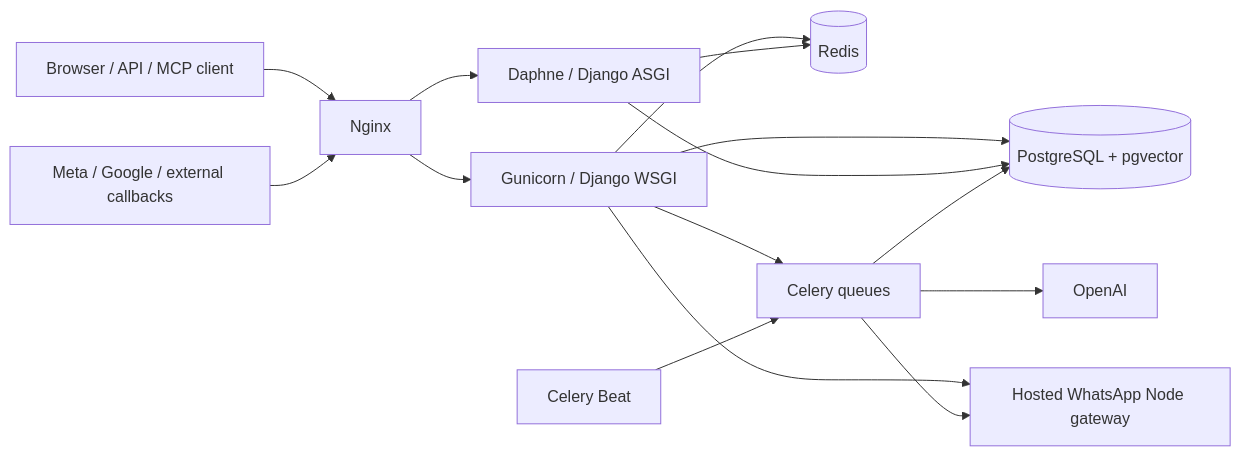
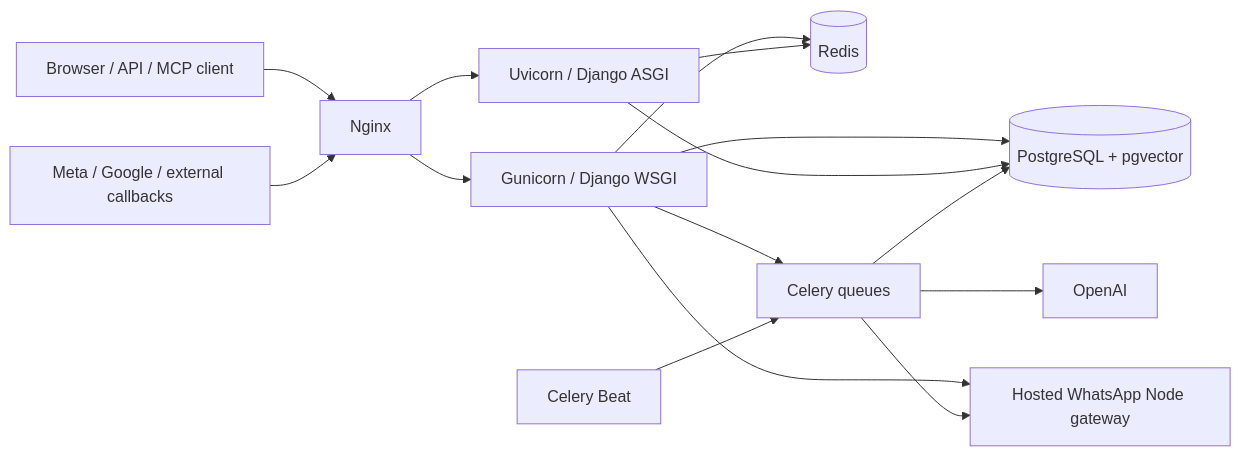
Before and after one commit to Ashwani1611/shvya-ai: the diagram in docs/architecture.md, drawn with Mermaid. The commit also changed 12 other files, not shown here.

Commit message:
Replace vulnerable Daphne dependency with validated Uvicorn ASGI runtime

````diff
--- a/docs/architecture.md
+++ b/docs/architecture.md
@@ -9,19 +9,19 @@
 ```mermaid
 flowchart LR
     Browser[Browser / API / MCP client] --> Nginx[Nginx]
     Provider[Meta / Google / external callbacks] --> Nginx
     Nginx --> WSGI[Gunicorn / Django WSGI]
-    Nginx --> ASGI[Daphne / Django ASGI]
+    Nginx --> ASGI[Uvicorn / Django ASGI]
 
     WSGI --> PG[(PostgreSQL + pgvector)]
     ASGI --> PG
     WSGI --> Redis[(Redis)]
     ASGI --> Redis
 
     WSGI --> Celery[Celery queues]
     Beat[Celery Beat] --> Celery
     Celery --> PG
     Celery --> OpenAI[OpenAI]
     WSGI --> Hosted[Hosted WhatsApp Node gateway]
     Celery --> Hosted
 ```
````
